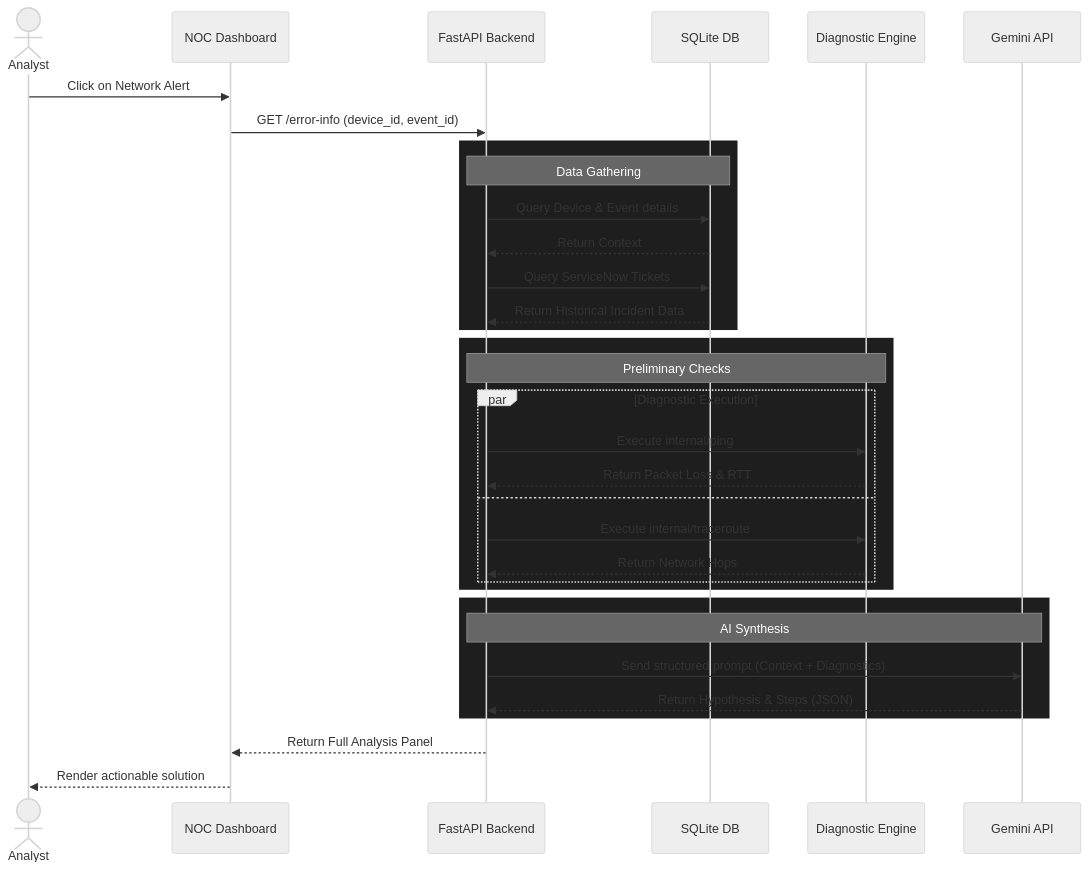
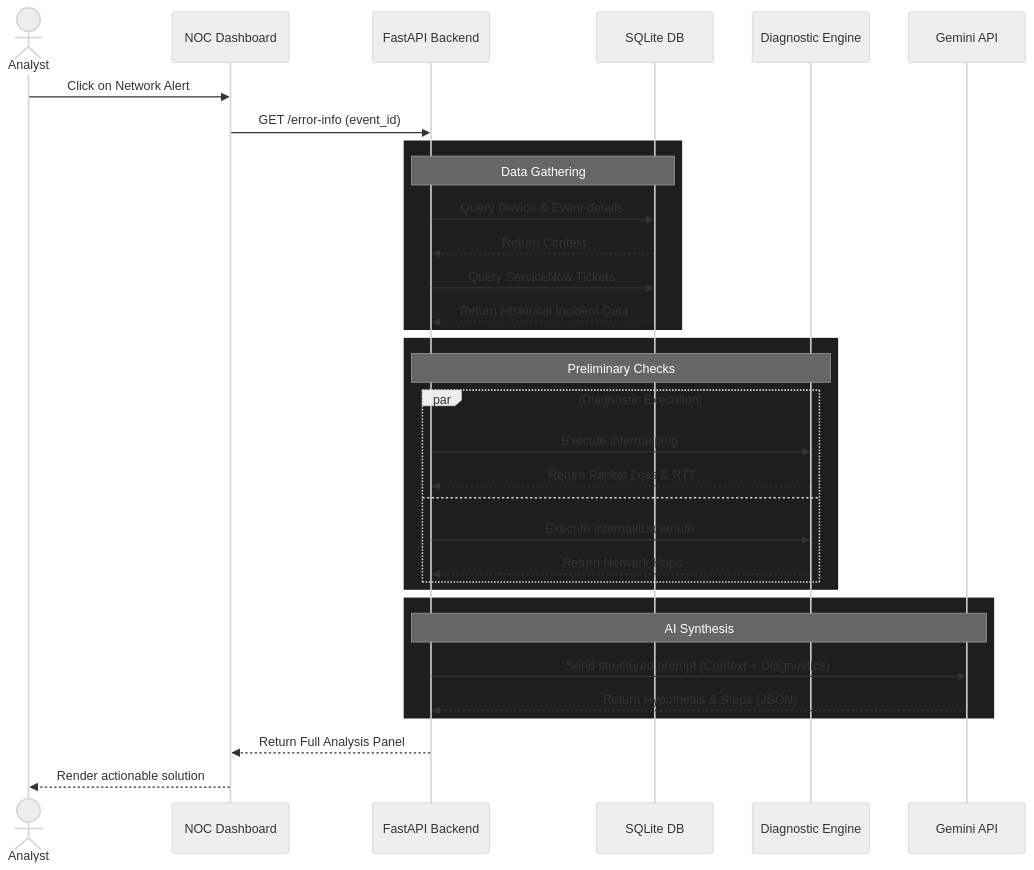
Before and after one commit to sanchiitvijay/noc-ps: the first of 4 diagrams in NOC_Diagrams.md, drawn with Mermaid (neutral theme). The commit also changed 10 other files, not shown here.

````diff
--- a/NOC_Diagrams.md
+++ b/NOC_Diagrams.md
@@ -8,40 +8,40 @@
 ```mermaid
 sequenceDiagram
     actor Analyst
     participant UI as NOC Dashboard
     participant API as FastAPI Backend
     participant DB as SQLite DB
     participant Diag as Diagnostic Engine
     participant LLM as Gemini API
 
     Analyst->>UI: Click on Network Alert
-    UI->>API: GET /error-info (device_id, event_id)
+    UI->>API: GET /error-info (event_id)
     
     rect rgb(30, 30, 30)
     Note over API,DB: Data Gathering
     API->>DB: Query Device & Event details
     DB-->>API: Return Context
     API->>DB: Query ServiceNow Tickets
     DB-->>API: Return Historical Incident Data
     end
     
     rect rgb(30, 30, 30)
     Note over API,Diag: Preliminary Checks
     par Diagnostic Execution
         API->>Diag: Execute internal/ping
         Diag-->>API: Return Packet Loss & RTT
     and
         API->>Diag: Execute internal/traceroute
         Diag-->>API: Return Network Hops
     end
     end
     
     rect rgb(30, 30, 30)
     Note over API,LLM: AI Synthesis
     API->>LLM: Send structured prompt (Context + Diagnostics)
     LLM-->>API: Return Hypothesis & Steps (JSON)
     end
     
     API-->>UI: Return Full Analysis Panel
     UI-->>Analyst: Render actionable solution
 ```
````
